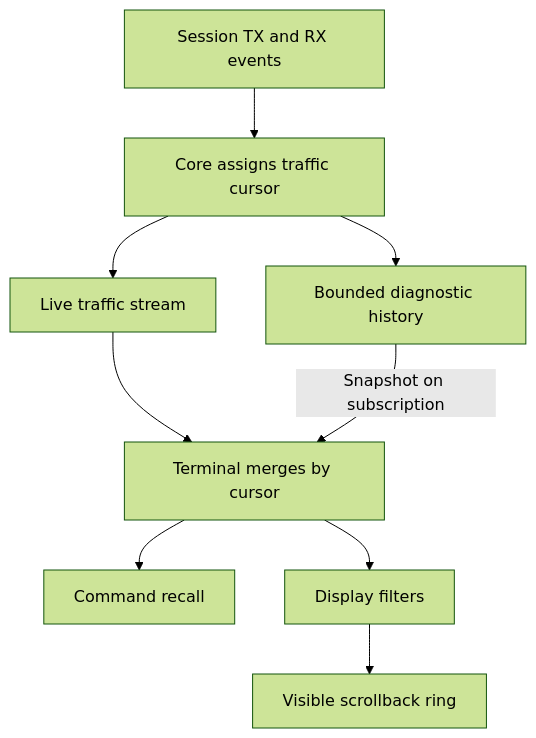
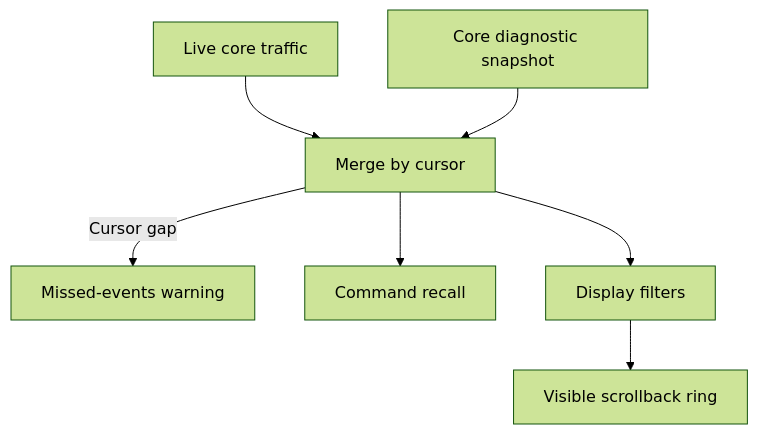
The diagram in docs/terminal.md (skasti/grbl-commander), drawn with Mermaid (forest theme) before and after one commit. The commit also changed other lines of this file and 15 other files, not shown here.

````diff
--- a/docs/terminal.md
+++ b/docs/terminal.md
@@ -137,11 +90,9 @@
 ```mermaid
 flowchart TD
-    events["Session TX and RX events"] --> core["Core assigns traffic cursor"]
-    core --> live["Live traffic stream"]
-    core --> history["Bounded diagnostic history"]
-    live --> merge["Terminal merges by cursor"]
-    history -- "Snapshot on subscription" --> merge
+    live["Live core traffic"] --> merge["Merge by cursor"]
+    history["Core diagnostic snapshot"] --> merge
+    merge -- "Cursor gap" --> warning["Missed-events warning"]
     merge --> recall["Command recall"]
     merge --> filters["Display filters"]
     filters --> rows["Visible scrollback ring"]
 ```
````
